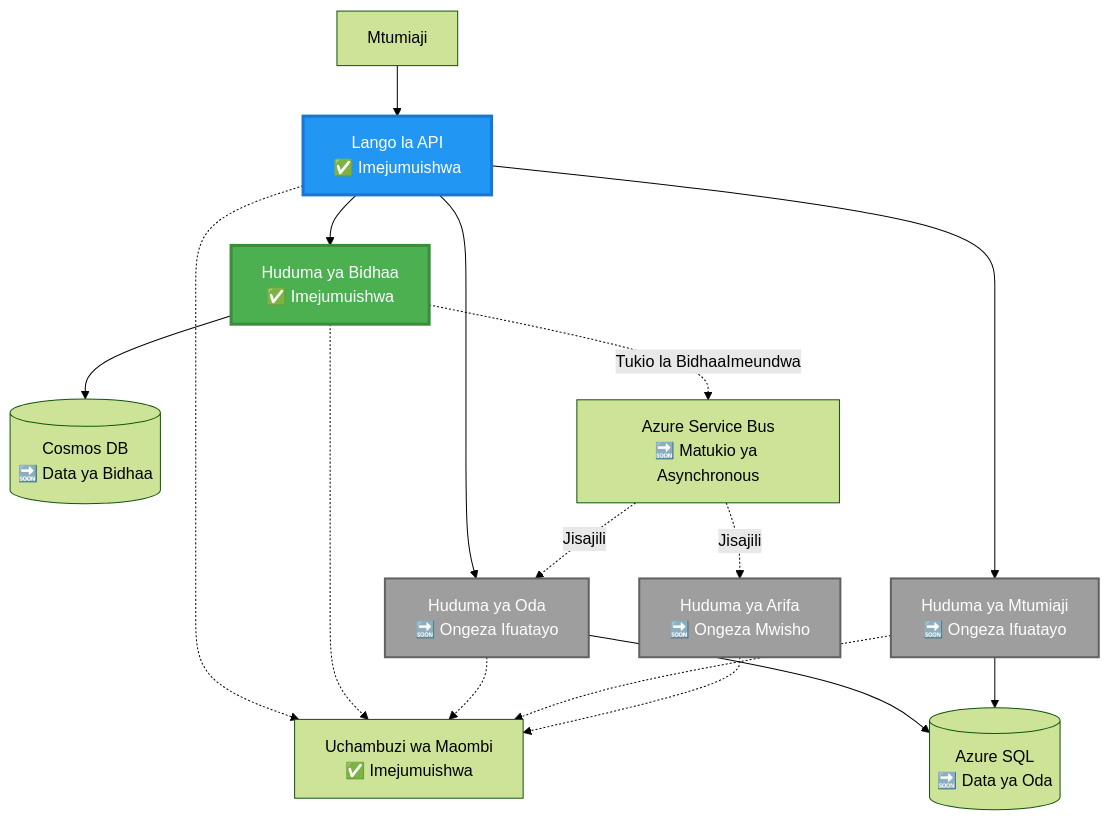
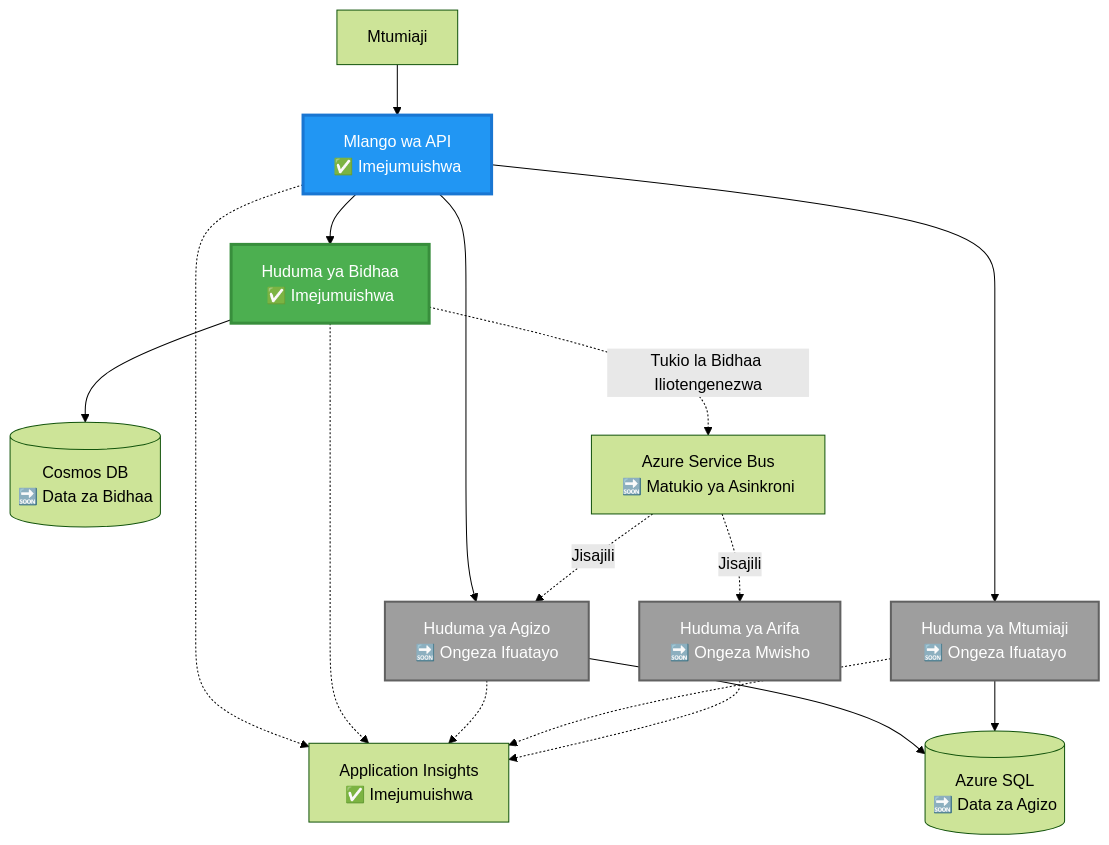
One commit to microsoft/AZD-for-beginners changed the second of 4 diagrams in translations/sw/examples/microservices/README.md. Above: the diagram before and after it, drawn with Mermaid (forest theme). The commit also changed other lines of this file and 243 other files, not shown here.

````diff
--- a/translations/sw/examples/microservices/README.md
+++ b/translations/sw/examples/microservices/README.md
@@ -78,39 +69,39 @@
 ```mermaid
 graph TB
     User[Mtumiaji]
-    Gateway[Lango la API<br/>✅ Imejumuishwa]
+    Gateway[Mlango wa API<br/>✅ Imejumuishwa]
     Product[Huduma ya Bidhaa<br/>✅ Imejumuishwa]
-    Order[Huduma ya Oda<br/>🔜 Ongeza Ifuatayo]
+    Order[Huduma ya Agizo<br/>🔜 Ongeza Ifuatayo]
     UserSvc[Huduma ya Mtumiaji<br/>🔜 Ongeza Ifuatayo]
     Notify[Huduma ya Arifa<br/>🔜 Ongeza Mwisho]
     
-    CosmosDB[(Cosmos DB<br/>🔜 Data ya Bidhaa)]
-    AzureSQL[(Azure SQL<br/>🔜 Data ya Oda)]
-    ServiceBus[Azure Service Bus<br/>🔜 Matukio ya Asynchronous]
-    AppInsights[Uchambuzi wa Maombi<br/>✅ Imejumuishwa]
+    CosmosDB[(Cosmos DB<br/>🔜 Data za Bidhaa)]
+    AzureSQL[(Azure SQL<br/>🔜 Data za Agizo)]
+    ServiceBus[Azure Service Bus<br/>🔜 Matukio ya Asinkroni]
+    AppInsights[Application Insights<br/>✅ Imejumuishwa]
     
     User --> Gateway
     Gateway --> Product
     Gateway --> Order
     Gateway --> UserSvc
     
     Product --> CosmosDB
     Order --> AzureSQL
     UserSvc --> AzureSQL
     
-    Product -.->|Tukio la BidhaaImeundwa| ServiceBus
+    Product -.->|Tukio la Bidhaa Iliotengenezwa| ServiceBus
     ServiceBus -.->|Jisajili| Notify
     ServiceBus -.->|Jisajili| Order
     
     Gateway -.-> AppInsights
     Product -.-> AppInsights
     Order -.-> AppInsights
     UserSvc -.-> AppInsights
     Notify -.-> AppInsights
     
     style Product fill:#4CAF50,stroke:#388E3C,stroke-width:3px,color:#fff
     style Gateway fill:#2196F3,stroke:#1976D2,stroke-width:3px,color:#fff
     style Order fill:#9E9E9E,stroke:#616161,stroke-width:2px,color:#fff
     style UserSvc fill:#9E9E9E,stroke:#616161,stroke-width:2px,color:#fff
     style Notify fill:#9E9E9E,stroke:#616161,stroke-width:2px,color:#fff
 ```
````
